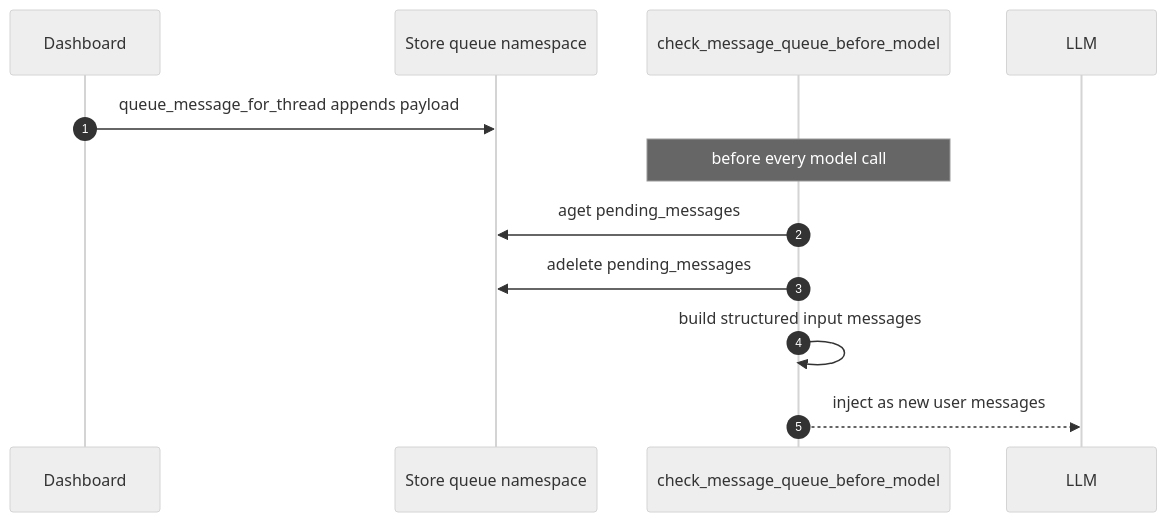
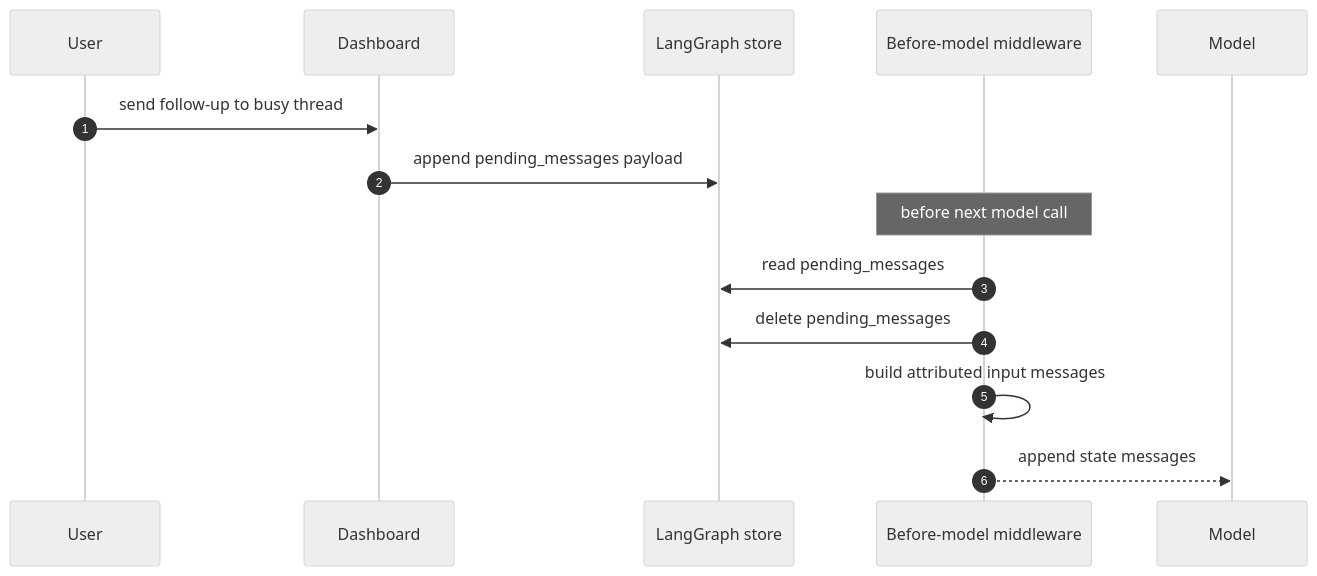
One commit to langchain-ai/open-swe changed the second of 2 diagrams in openwiki/workflows/follow-up-messages.md. Above: the diagram before and after it, drawn with Mermaid (neutral theme). The commit also changed other lines of this file and 52 other files, not shown here.

````diff
--- a/openwiki/workflows/follow-up-messages.md
+++ b/openwiki/workflows/follow-up-messages.md
@@ -147,15 +151,17 @@
 ```mermaid
 sequenceDiagram
     autonumber
+    participant User
     participant Dashboard
-    participant Queue as Store queue namespace
-    participant MW as check_message_queue_before_model
-    participant Model as LLM
+    participant Queue as LangGraph store
+    participant Middleware as Before-model middleware
+    participant Model
 
-    Dashboard->>Queue: queue_message_for_thread appends payload
-    Note over MW: before every model call
-    MW->>Queue: aget pending_messages
-    MW->>Queue: adelete pending_messages
-    MW->>MW: build structured input messages
-    MW-->>Model: inject as new user messages
+    User->>Dashboard: send follow-up to busy thread
+    Dashboard->>Queue: append pending_messages payload
+    Note over Middleware: before next model call
+    Middleware->>Queue: read pending_messages
+    Middleware->>Queue: delete pending_messages
+    Middleware->>Middleware: build attributed input messages
+    Middleware-->>Model: append state messages
 ```
````
